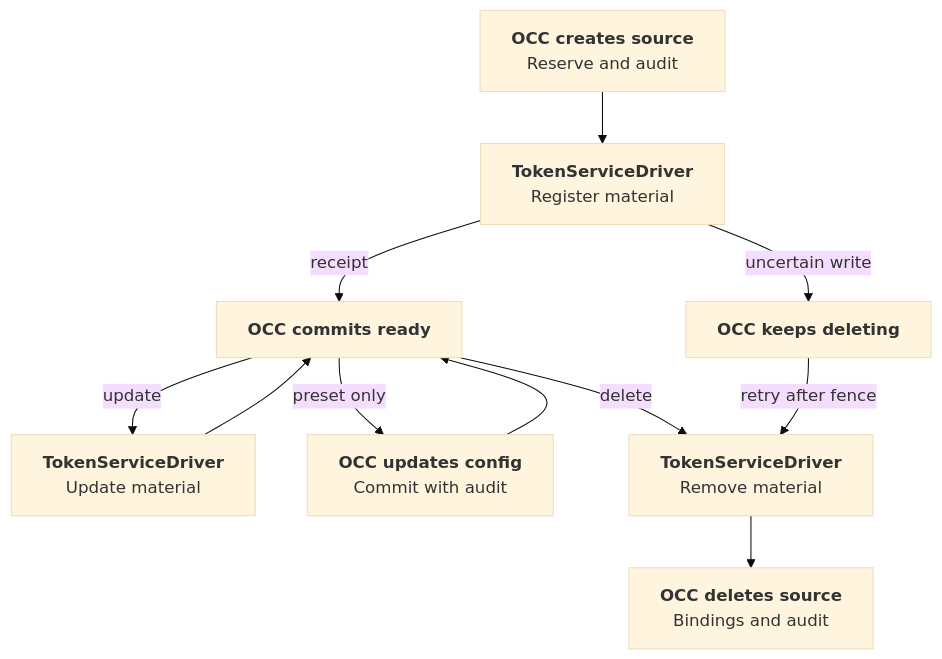
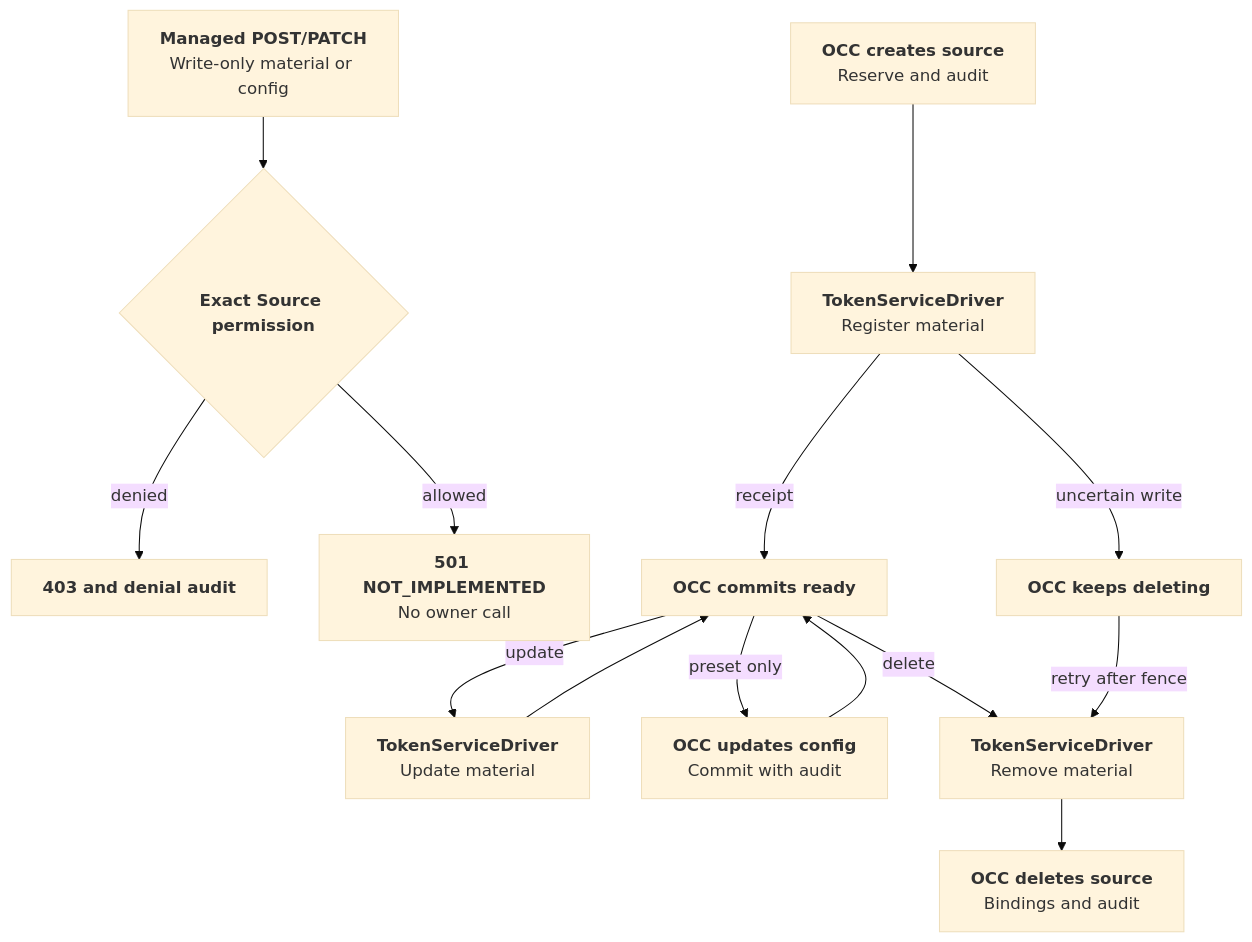
Before and after one commit to openclaw/openclaw-enterprise: the diagram in docs/flows/token-service-static-custody.md, drawn with Mermaid (base theme). The commit also changed other lines of this file and 13 other files, not shown here.

Commit message:
Stage managed static credential source enrollment contract

````diff
--- a/docs/flows/token-service-static-custody.md
+++ b/docs/flows/token-service-static-custody.md
@@ -30,13 +32,16 @@
 ```mermaid
 graph TD
+  P["<b>Managed POST/PATCH</b><br/>Write-only material or config"] --> Q{"<b>Exact Source permission</b>"}
+  Q -->|denied| R["<b>403 and denial audit</b>"]
+  Q -->|allowed| S["<b>501 NOT_IMPLEMENTED</b><br/>No owner call"]
   A["<b>OCC creates source</b><br/>Reserve and audit"] --> B["<b>TokenServiceDriver</b><br/>Register material"]
   B -->|receipt| C["<b>OCC commits ready</b>"]
   B -->|uncertain write| D["<b>OCC keeps deleting</b>"]
   C -->|update| E["<b>TokenServiceDriver</b><br/>Update material"]
   E --> C
   C -->|preset only| H["<b>OCC updates config</b><br/>Commit with audit"]
   H --> C
   C -->|delete| F["<b>TokenServiceDriver</b><br/>Remove material"]
   D -->|retry after fence| F
   F --> G["<b>OCC deletes source</b><br/>Bindings and audit"]
 ```
````
